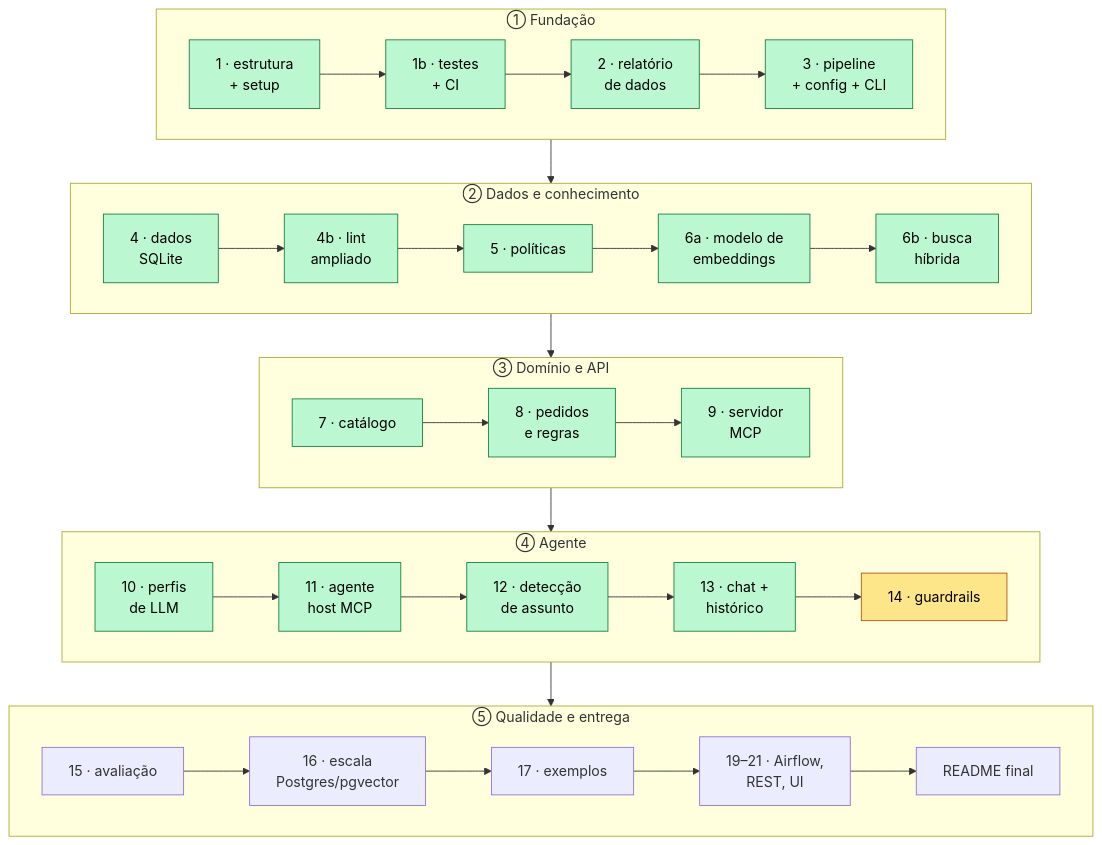
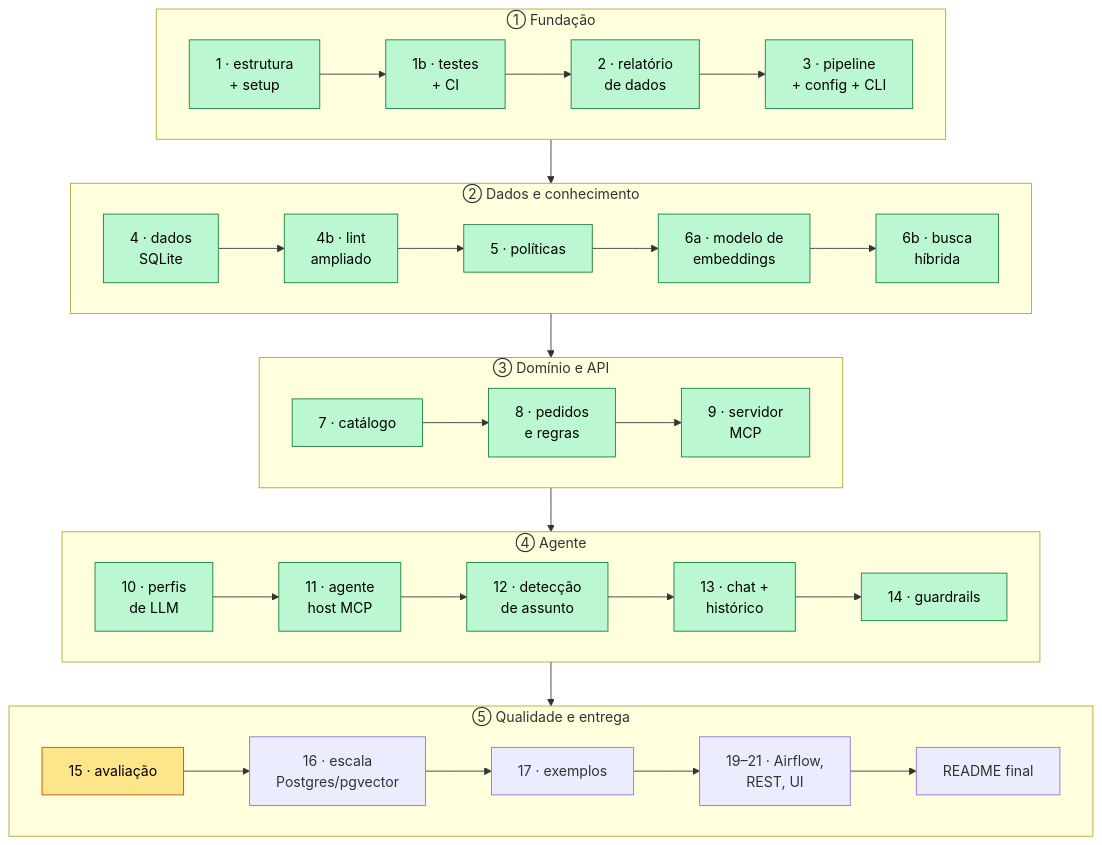
One commit to RonildoSilva/ai-engineer-challenge changed diagram 19 of 19 in README.md. Above: the diagram before and after it, drawn with Mermaid. The commit also changed other lines of this file and 8 other files, not shown here.

````diff
--- a/README.md
+++ b/README.md
@@ -821,26 +854,26 @@
 ```mermaid
 flowchart TD
     subgraph F1["① Fundação"]
         direction LR
         C1["1 · estrutura<br/>+ setup"]:::done --> C1b["1b · testes<br/>+ CI"]:::done --> C2["2 · relatório<br/>de dados"]:::done --> C3["3 · pipeline<br/>+ config + CLI"]:::done
     end
     subgraph F2["② Dados e conhecimento"]
         direction LR
         C4["4 · dados<br/>SQLite"]:::done --> C4b["4b · lint<br/>ampliado"]:::done --> C5["5 · políticas"]:::done --> C6a["6a · modelo de<br/>embeddings"]:::done --> C6b["6b · busca<br/>híbrida"]:::done
     end
     subgraph F3["③ Domínio e API"]
         direction LR
         C7["7 · catálogo"]:::done --> C8["8 · pedidos<br/>e regras"]:::done --> C9["9 · servidor<br/>MCP"]:::done
     end
     subgraph F4["④ Agente"]
         direction LR
-        C10["10 · perfis<br/>de LLM"]:::done --> C11["11 · agente<br/>host MCP"]:::done --> C12["12 · detecção<br/>de assunto"]:::done --> C13["13 · chat +<br/>histórico"]:::done --> C14["14 · guardrails"]:::next
+        C10["10 · perfis<br/>de LLM"]:::done --> C11["11 · agente<br/>host MCP"]:::done --> C12["12 · detecção<br/>de assunto"]:::done --> C13["13 · chat +<br/>histórico"]:::done --> C14["14 · guardrails"]:::done
     end
     subgraph F5["⑤ Qualidade e entrega"]
         direction LR
-        C15["15 · avaliação"] --> C16["16 · escala<br/>Postgres/pgvector"] --> C17["17 · exemplos"] --> CX["19–21 · Airflow,<br/>REST, UI"] --> C18["README final"]
+        C15["15 · avaliação"]:::next --> C16["16 · escala<br/>Postgres/pgvector"] --> C17["17 · exemplos"] --> CX["19–21 · Airflow,<br/>REST, UI"] --> C18["README final"]
     end
     F1 --> F2 --> F3 --> F4 --> F5
     classDef next fill:#fde68a,stroke:#b45309,color:#000
     classDef done fill:#bbf7d0,stroke:#15803d,color:#000
 ```
````
